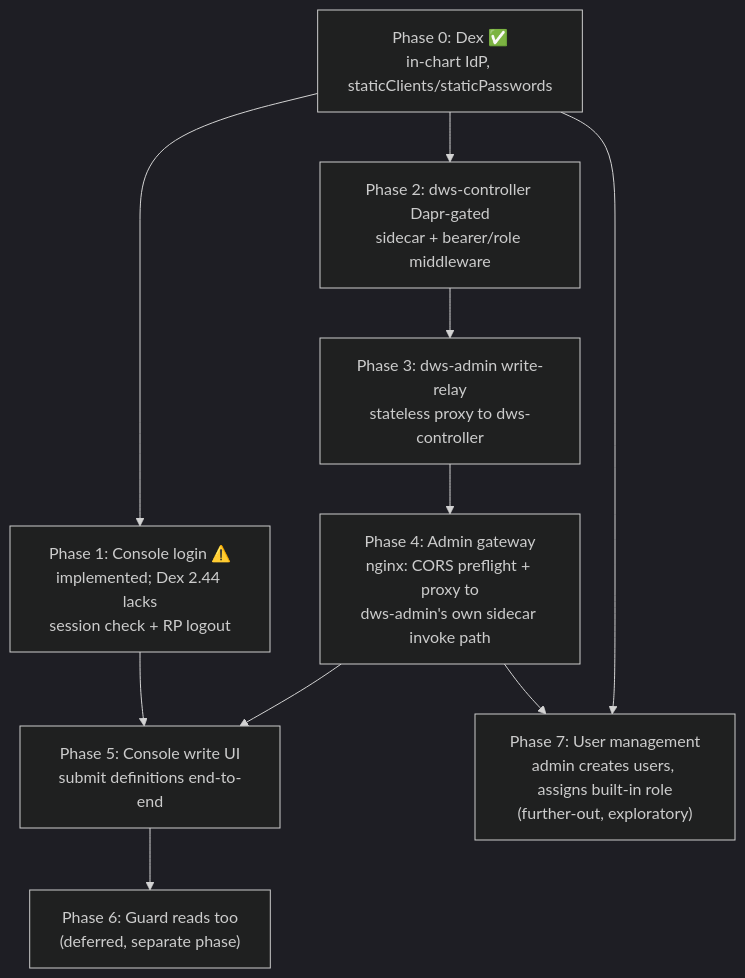
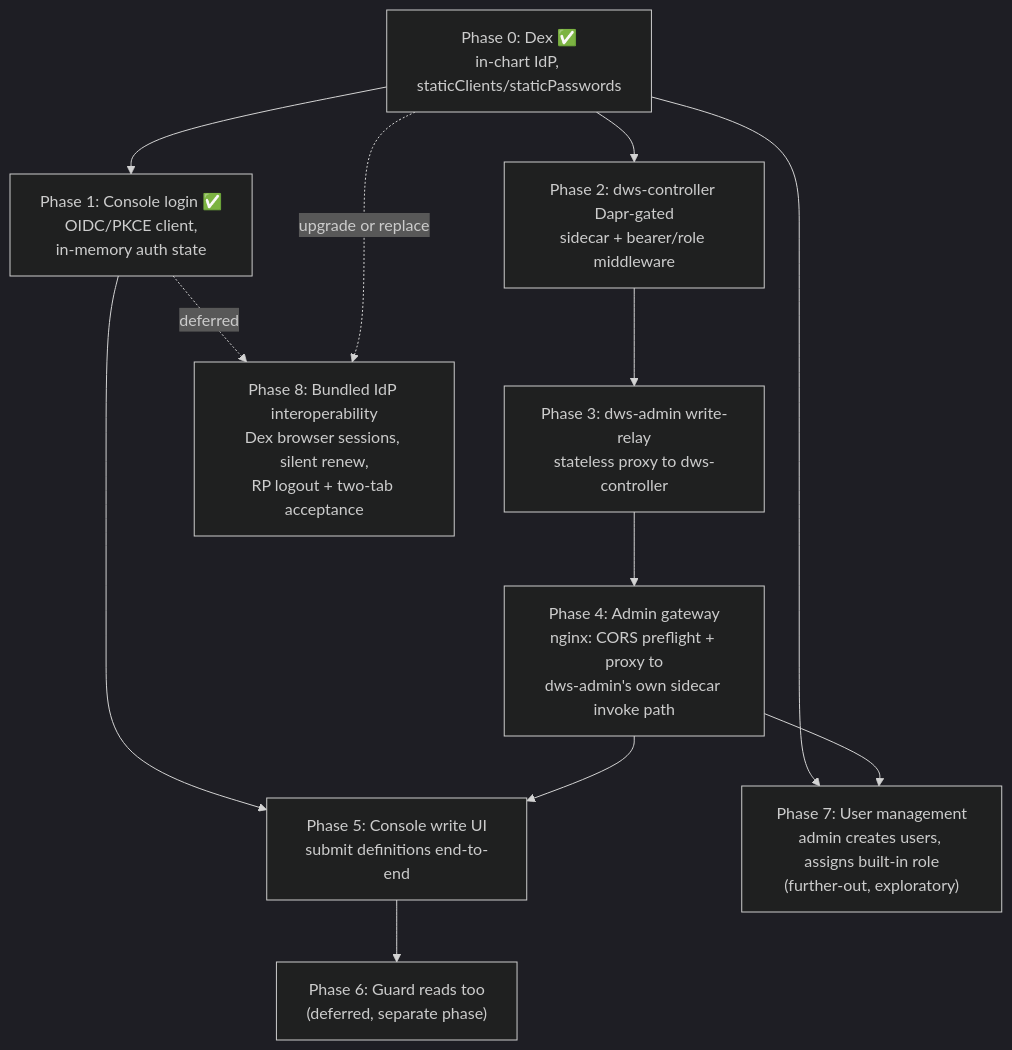
Before and after one commit to tonylibs/dapr-workflow-spec: the diagram in docs/roadmaps/dws-auth.md, drawn with Mermaid (dark theme). The commit also changed other lines of this file and 3 other files, not shown here.

Commit message:
docs: defer bundled idp interoperability

````diff
--- a/docs/roadmaps/dws-auth.md
+++ b/docs/roadmaps/dws-auth.md
@@ -19,12 +19,14 @@
 ```mermaid
 flowchart TD
-  P0["Phase 0: Dex ✅<br/>in-chart IdP, staticClients/staticPasswords"] --> P1["Phase 1: Console login ⚠️<br/>implemented; Dex 2.44 lacks<br/>session check + RP logout"]
+  P0["Phase 0: Dex ✅<br/>in-chart IdP, staticClients/staticPasswords"] --> P1["Phase 1: Console login ✅<br/>OIDC/PKCE client,<br/>in-memory auth state"]
   P0 --> P2["Phase 2: dws-controller Dapr-gated<br/>sidecar + bearer/role middleware"]
   P2 --> P3["Phase 3: dws-admin write-relay<br/>stateless proxy to dws-controller"]
   P3 --> P4["Phase 4: Admin gateway<br/>nginx: CORS preflight + proxy to<br/>dws-admin's own sidecar invoke path"]
   P1 --> P5["Phase 5: Console write UI<br/>submit definitions end-to-end"]
   P4 --> P5
   P5 --> P6["Phase 6: Guard reads too<br/>(deferred, separate phase)"]
   P0 --> P7["Phase 7: User management<br/>admin creates users, assigns built-in role<br/>(further-out, exploratory)"]
   P4 --> P7
+  P1 -. deferred .-> P8["Phase 8: Bundled IdP interoperability<br/>Dex browser sessions, silent renew,<br/>RP logout + two-tab acceptance"]
+  P0 -. upgrade or replace .-> P8
 ```
````
